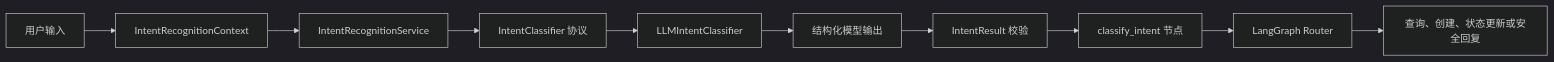
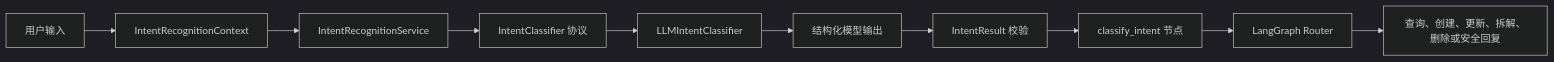
One commit to feeler10/WekToDo-ai changed the diagram in docs/INTENT_RECOGNITION_QUICKSTART.md. Above: the diagram before and after it, drawn with Mermaid (dark theme). The commit also changed other lines of this file and 54 other files, not shown here.

````diff
--- a/docs/INTENT_RECOGNITION_QUICKSTART.md
+++ b/docs/INTENT_RECOGNITION_QUICKSTART.md
@@ -24,12 +24,12 @@
 ```mermaid
 flowchart LR
     A["用户输入"] --> B["IntentRecognitionContext"]
     B --> C["IntentRecognitionService"]
     C --> D["IntentClassifier 协议"]
     D --> E["LLMIntentClassifier"]
     E --> F["结构化模型输出"]
     F --> G["IntentResult 校验"]
     G --> H["classify_intent 节点"]
     H --> I["LangGraph Router"]
-    I --> J["查询、创建、状态更新或安全回复"]
+    I --> J["查询、创建、更新、拆解、删除或安全回复"]
 ```
````
